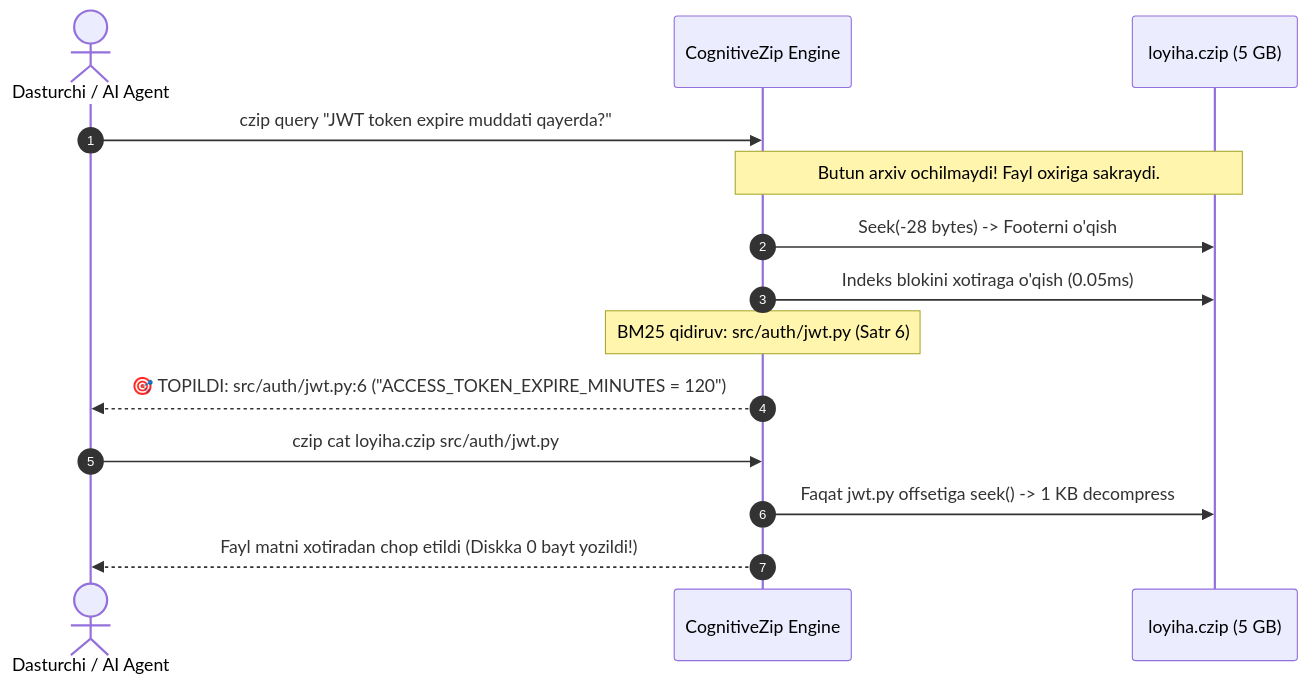
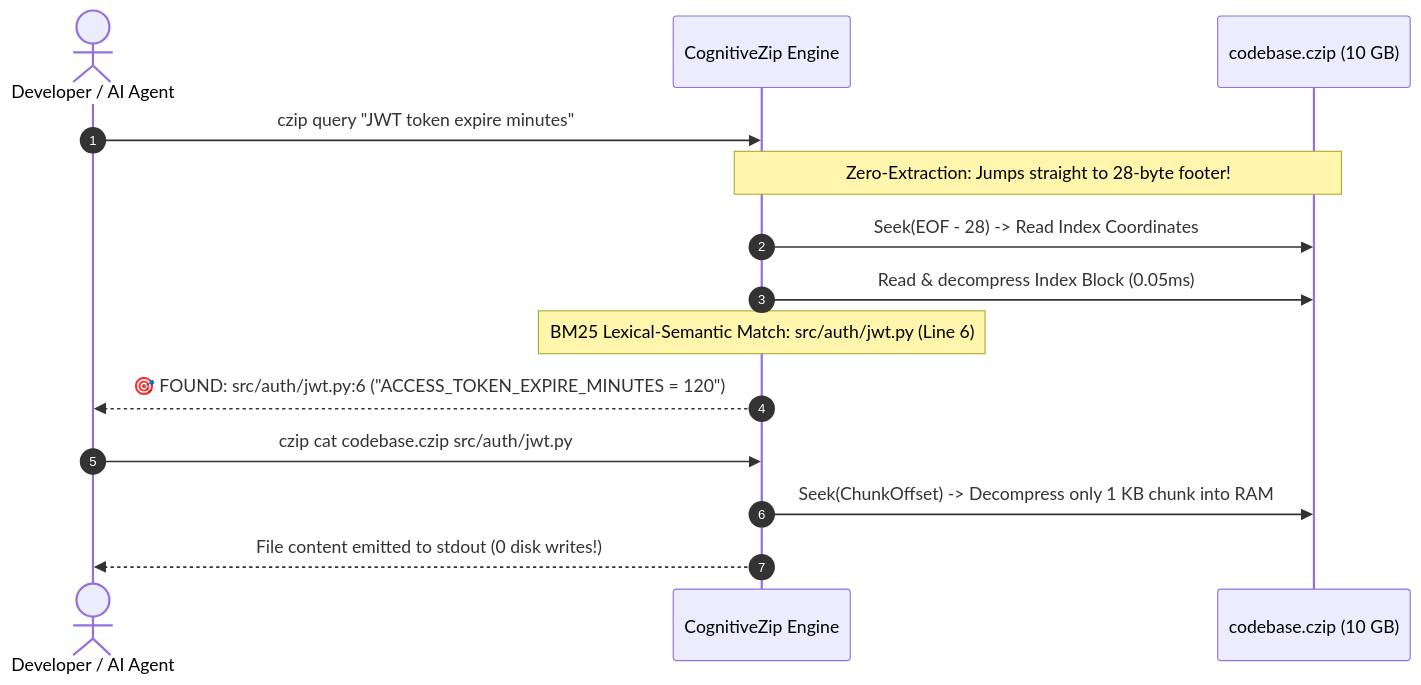
One commit to salomh46-rgb/CognitiveZip-.czip- changed the diagram in README.md. Above: the diagram before and after it, drawn with Mermaid. The commit also changed other lines of this file and 6 other files, not shown here.

````diff
--- a/README.md
+++ b/README.md
@@ -40,18 +47,18 @@
 ```mermaid
 sequenceDiagram
     autonumber
-    actor Dev as Dasturchi / AI Agent
+    actor Dev as Developer / AI Agent
     participant CZip as CognitiveZip Engine
-    participant Archive as loyiha.czip (5 GB)
+    participant Archive as codebase.czip (10 GB)
 
-    Dev->>CZip: czip query "JWT token expire muddati qayerda?"
-    Note over CZip,Archive: Butun arxiv ochilmaydi! Fayl oxiriga sakraydi.
-    CZip->>Archive: Seek(-28 bytes) -> Footerni o'qish
-    CZip->>Archive: Indeks blokini xotiraga o'qish (0.05ms)
-    Note over CZip: BM25 qidiruv: src/auth/jwt.py (Satr 6)
-    CZip-->>Dev: 🎯 TOPILDI: src/auth/jwt.py:6 ("ACCESS_TOKEN_EXPIRE_MINUTES = 120")
-    
-    Dev->>CZip: czip cat loyiha.czip src/auth/jwt.py
-    CZip->>Archive: Faqat jwt.py offsetiga seek() -> 1 KB decompress
-    CZip-->>Dev: Fayl matni xotiradan chop etildi (Diskka 0 bayt yozildi!)
+    Dev->>CZip: czip query "JWT token expire minutes"
+    Note over CZip,Archive: Zero-Extraction: Jumps straight to 28-byte footer!
+    CZip->>Archive: Seek(EOF - 28) -> Read Index Coordinates
+    CZip->>Archive: Read & decompress Index Block (0.05ms)
+    Note over CZip: BM25 Lexical-Semantic Match: src/auth/jwt.py (Line 6)
+    CZip-->>Dev: 🎯 FOUND: src/auth/jwt.py:6 ("ACCESS_TOKEN_EXPIRE_MINUTES = 120")
+
+    Dev->>CZip: czip cat codebase.czip src/auth/jwt.py
+    CZip->>Archive: Seek(ChunkOffset) -> Decompress only 1 KB chunk into RAM
+    CZip-->>Dev: File content emitted to stdout (0 disk writes!)
 ```
````
